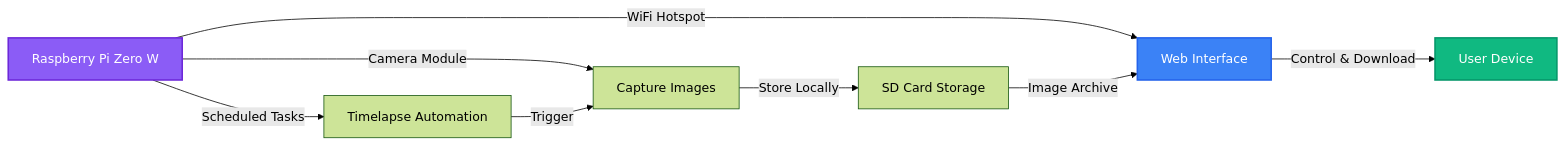
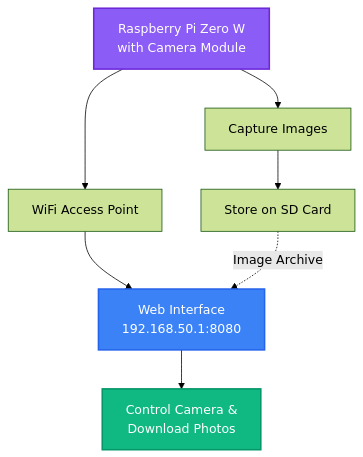
Before and after one commit to ingojaeckel/go-raspberry-pi-timelapse: the diagram in README.md, drawn with Mermaid (forest theme).

Commit message:
Update Mermaid diagram to vertical layout with less horizontal space

````diff
--- a/README.md
+++ b/README.md
@@ -11,14 +11,13 @@
 ```mermaid
-graph LR
-    A[Raspberry Pi Zero W] -->|Camera Module| B[Capture Images]
-    B -->|Store Locally| C[SD Card Storage]
-    A -->|WiFi Hotspot| D[Web Interface]
-    D -->|Control & Download| E[User Device]
-    C -->|Image Archive| D
-    A -->|Scheduled Tasks| F[Timelapse Automation]
-    F -->|Trigger| B
+graph TD
+    A[Raspberry Pi Zero W<br/>with Camera Module] --> B[Capture Images]
+    B --> C[Store on SD Card]
+    A --> D[WiFi Access Point]
+    D --> E[Web Interface<br/>192.168.50.1:8080]
+    E --> F[Control Camera &<br/>Download Photos]
+    C -.Image Archive.-> E
     
     style A fill:#8b5cf6,stroke:#6d28d9,stroke-width:2px,color:#fff
-    style D fill:#3b82f6,stroke:#2563eb,stroke-width:2px,color:#fff
-    style E fill:#10b981,stroke:#059669,stroke-width:2px,color:#fff
+    style E fill:#3b82f6,stroke:#2563eb,stroke-width:2px,color:#fff
+    style F fill:#10b981,stroke:#059669,stroke-width:2px,color:#fff
 ```
````
